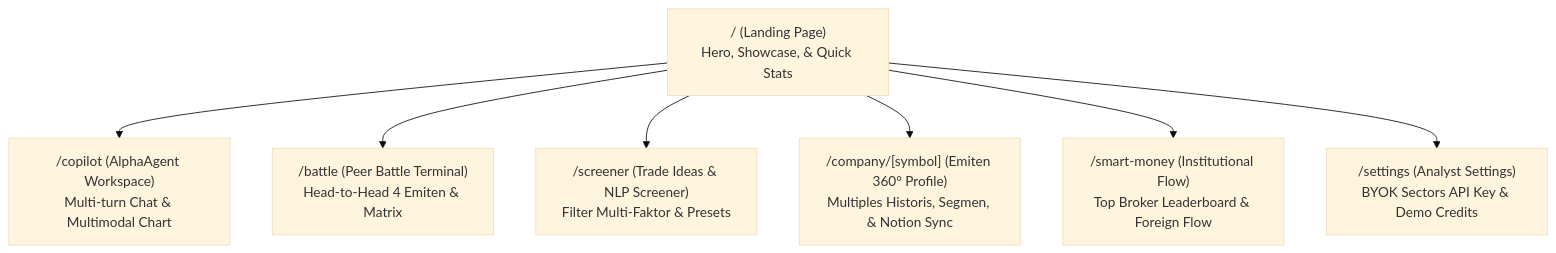
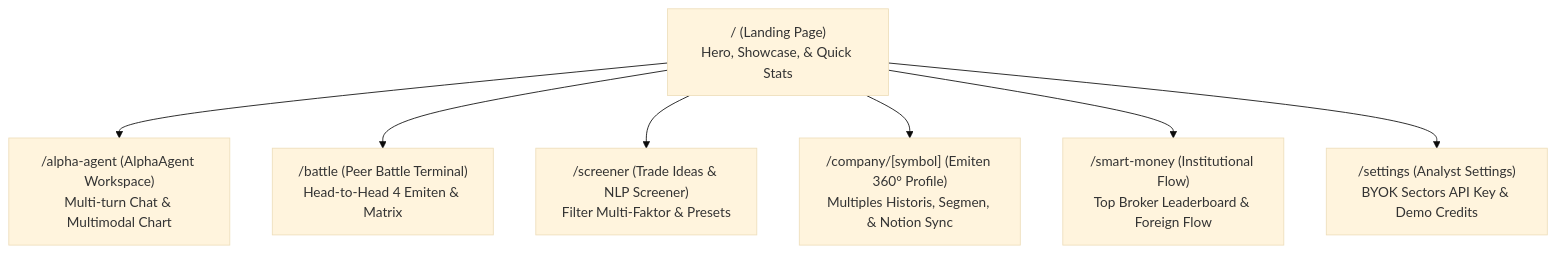
The diagram in exploration/ideation/have-built/00_OVERVIEW.md (MaulRai/alphasector), drawn with Mermaid (base theme) before and after one commit. The commit also changed other lines of this file and 17 other files, not shown here.

Commit message:
refactor(routes): migrate /copilot route to /alpha-agent with backward-compatible redirect

````diff
--- a/exploration/ideation/have-built/00_OVERVIEW.md
+++ b/exploration/ideation/have-built/00_OVERVIEW.md
@@ -39,9 +39,9 @@
 ```mermaid
 graph TD
-    Landing["/ (Landing Page)<br/>Hero, Showcase, & Quick Stats"] --> Copilot["/copilot (AlphaAgent Workspace)<br/>Multi-turn Chat & Multimodal Chart"]
+    Landing["/ (Landing Page)<br/>Hero, Showcase, & Quick Stats"] --> Copilot["/alpha-agent (AlphaAgent Workspace)<br/>Multi-turn Chat & Multimodal Chart"]
     Landing --> Battle["/battle (Peer Battle Terminal)<br/>Head-to-Head 4 Emiten & Matrix"]
     Landing --> Screener["/screener (Trade Ideas & NLP Screener)<br/>Filter Multi-Faktor & Presets"]
     Landing --> Company["/company/[symbol] (Emiten 360° Profile)<br/>Multiples Historis, Segmen, & Notion Sync"]
     Landing --> SmartMoney["/smart-money (Institutional Flow)<br/>Top Broker Leaderboard & Foreign Flow"]
     Landing --> Settings["/settings (Analyst Settings)<br/>BYOK Sectors API Key & Demo Credits"]
 ```
````
